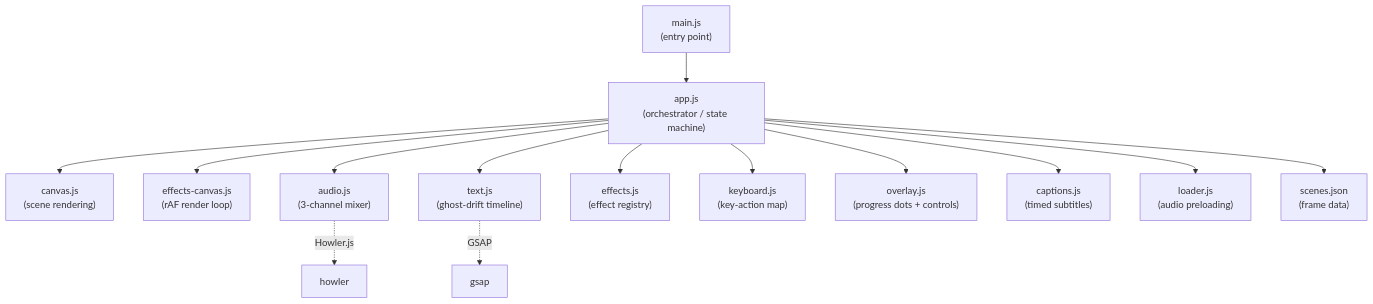
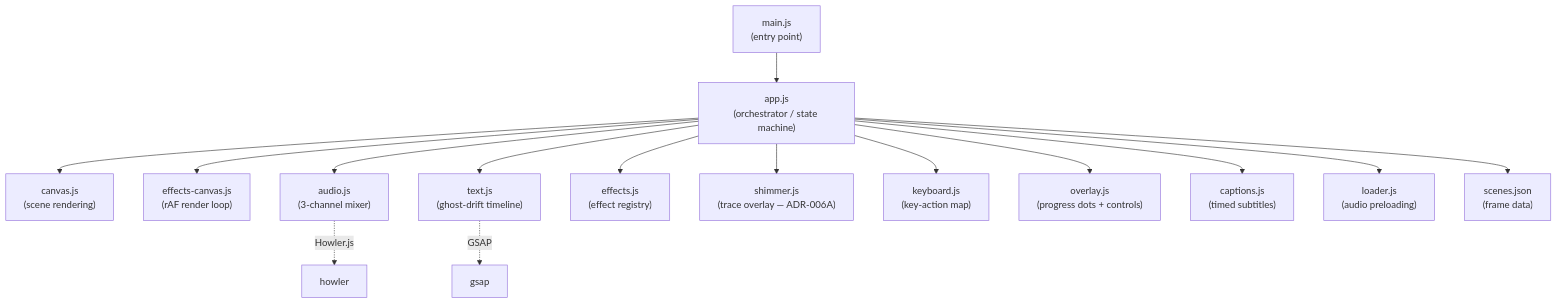
Before and after one commit to anchildress1/carbon-trace: the first of 4 diagrams in docs/architecture.md, drawn with Mermaid. The commit also changed other lines of this file and 106 other files, not shown here.

````diff
--- a/docs/architecture.md
+++ b/docs/architecture.md
@@ -7,17 +7,18 @@
 ```mermaid
 graph TD
     main["main.js<br/>(entry point)"] --> app["app.js<br/>(orchestrator / state machine)"]
     app --> canvas["canvas.js<br/>(scene rendering)"]
     app --> effectsCanvas["effects-canvas.js<br/>(rAF render loop)"]
     app --> audio["audio.js<br/>(3-channel mixer)"]
     app --> text["text.js<br/>(ghost-drift timeline)"]
     app --> effects["effects.js<br/>(effect registry)"]
+    app --> shimmer["shimmer.js<br/>(trace overlay — ADR-006A)"]
     app --> keyboard["keyboard.js<br/>(key-action map)"]
     app --> overlay["overlay.js<br/>(progress dots + controls)"]
     app --> captions["captions.js<br/>(timed subtitles)"]
     app --> loader["loader.js<br/>(audio preloading)"]
     app --> scenes["scenes.json<br/>(frame data)"]
 
     audio -.->|Howler.js| howler["howler"]
     text -.->|GSAP| gsap["gsap"]
 ```
````
